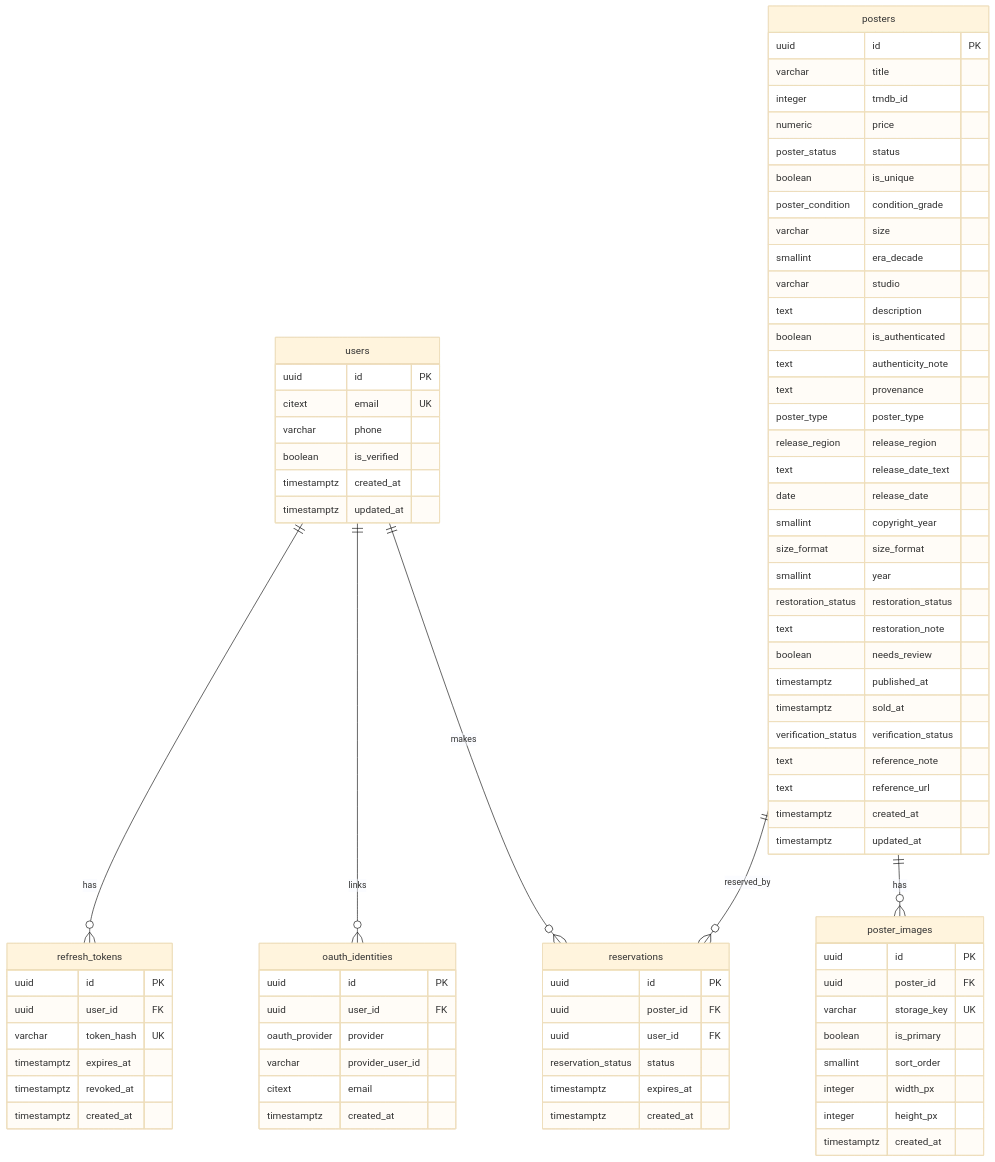
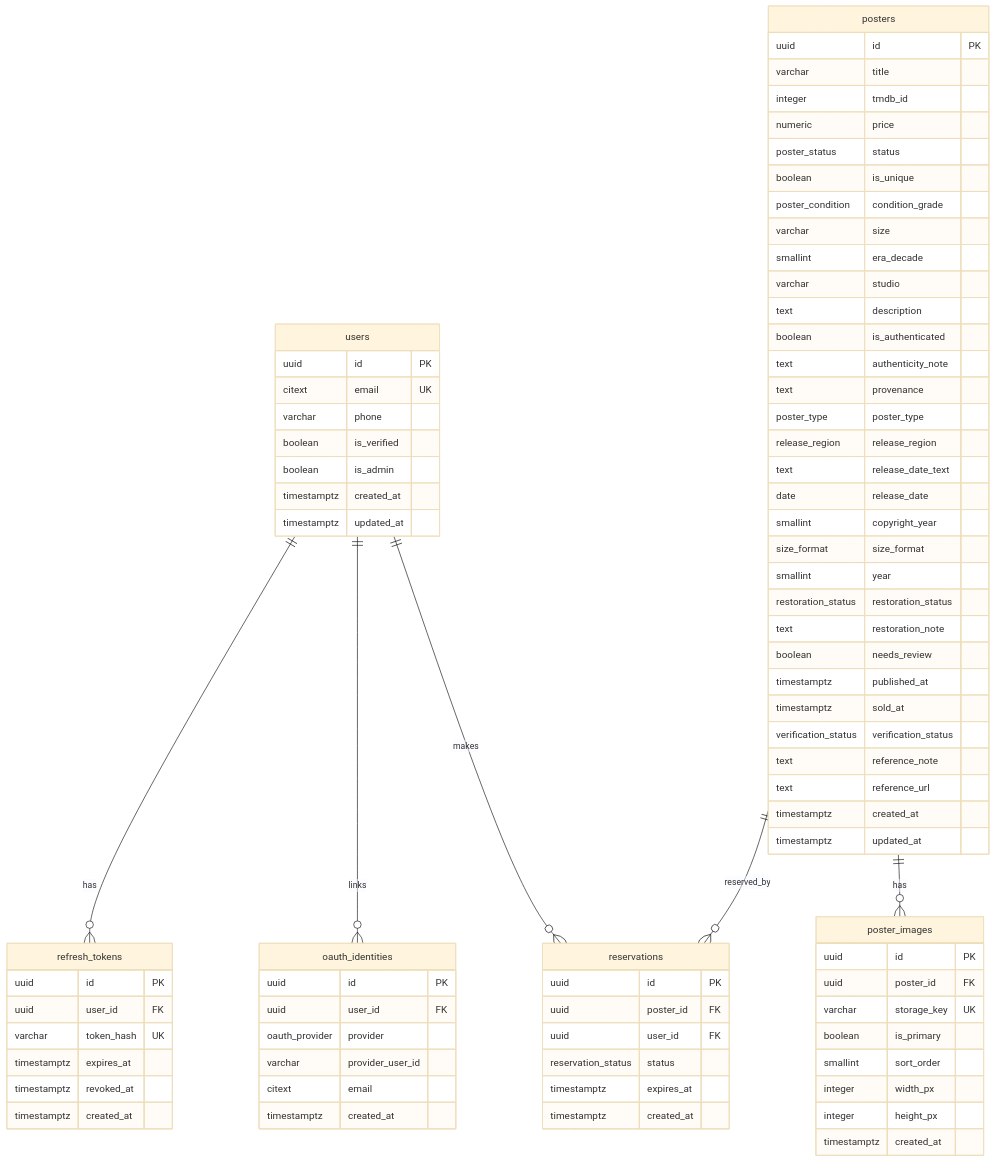
The diagram in docs/database-design.md (Chanothai/posternung-backend), drawn with Mermaid (base theme) before and after one commit. The commit also changed other lines of this file and 14 other files, not shown here.

```diff
--- a/docs/database-design.md
+++ b/docs/database-design.md
@@ -282,6 +284,7 @@
         citext email UK
         varchar phone
         boolean is_verified
+        boolean is_admin
         timestamptz created_at
         timestamptz updated_at
     }
```
